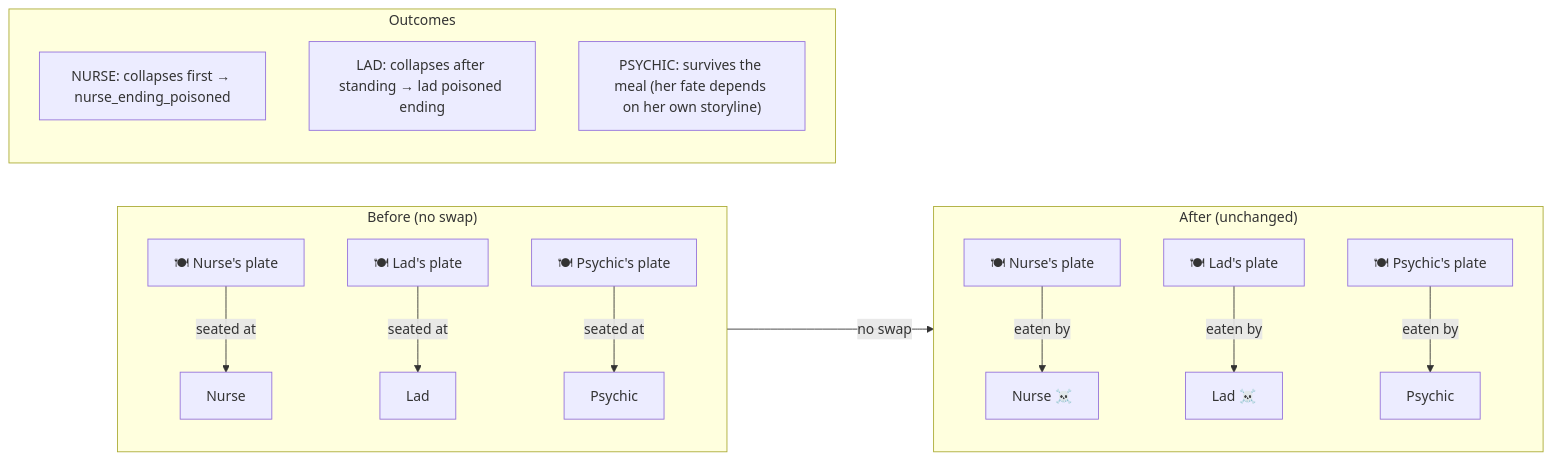
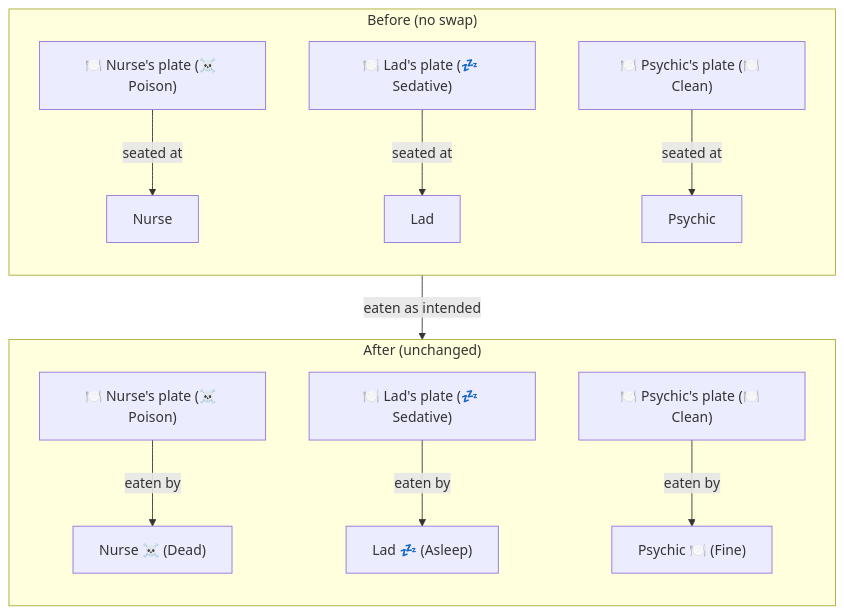
Before and after one commit to olivierpierre85/ClaythornManor: the first of 3 diagrams in docs/game_story/day3_poisoning_chart.md, drawn with Mermaid. The commit also changed other lines of this file and 1 other file, not shown here.

Commit message:
test charting

````diff
--- a/docs/game_story/day3_poisoning_chart.md
+++ b/docs/game_story/day3_poisoning_chart.md
@@ -15,25 +15,18 @@
 ```mermaid
-graph LR
+graph TB
     subgraph Before["Before (no swap)"]
         direction TB
-        NP1["🍽 Nurse's plate"] -->|seated at| N1["Nurse"]
-        LP1["🍽 Lad's plate"] -->|seated at| L1["Lad"]
-        PP1["🍽 Psychic's plate"] -->|seated at| P1["Psychic"]
+        NP1["🍽️ Nurse's plate (☠️ Poison)"] -->|seated at| N1["Nurse"]
+        LP1["🍽️ Lad's plate (💤 Sedative)"] -->|seated at| L1["Lad"]
+        PP1["🍽️ Psychic's plate (🍽️ Clean)"] -->|seated at| P1["Psychic"]
     end
 
-    Before -->|"no swap"| After
+    Before -->|"eaten as intended"| After
 
     subgraph After["After (unchanged)"]
         direction TB
-        NP2["🍽 Nurse's plate"] -->|eaten by| N2["Nurse ☠️"]
-        LP2["🍽 Lad's plate"] -->|eaten by| L2["Lad ☠️"]
-        PP2["🍽 Psychic's plate"] -->|eaten by| P2["Psychic"]
-    end
-
-    subgraph Outcomes["Outcomes"]
-        direction TB
-        O1["NURSE: collapses first → nurse_ending_poisoned"]
-        O2["LAD: collapses after standing → lad poisoned ending"]
-        O3["PSYCHIC: survives the meal (her fate depends on her own storyline)"]
+        NP2["🍽️ Nurse's plate (☠️ Poison)"] -->|eaten by| N2["Nurse ☠️ (Dead)"]
+        LP2["🍽️ Lad's plate (💤 Sedative)"] -->|eaten by| L2["Lad 💤 (Asleep)"]
+        PP2["🍽️ Psychic's plate (🍽️ Clean)"] -->|eaten by| P2["Psychic 🍽️ (Fine)"]
     end
 ```
````
